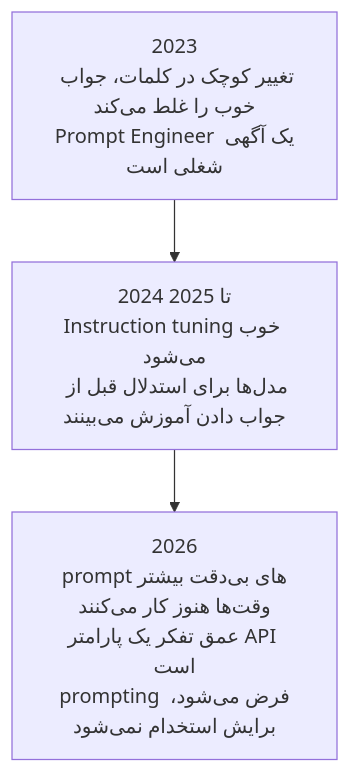
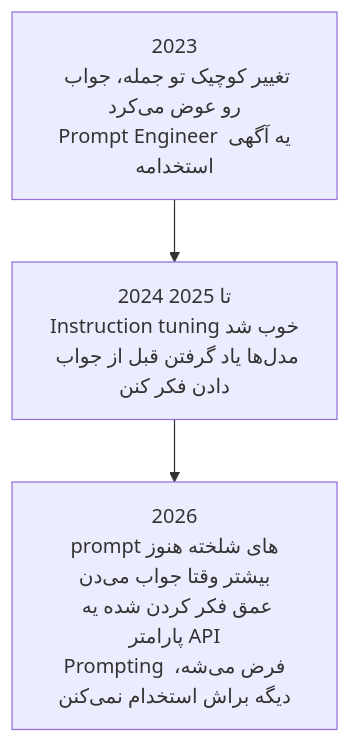
Before and after one commit to lokumai/ai-engineering-bazaar: the first of 2 diagrams in mini-courses/2_intermediate/prompt_engineering_fa.md, drawn with Mermaid. The commit also changed other lines of this file and 63 other files, not shown here.

````diff
--- a/mini-courses/2_intermediate/prompt_engineering_fa.md
+++ b/mini-courses/2_intermediate/prompt_engineering_fa.md
@@ -58,5 +55,5 @@
 ```mermaid
 graph TD
-    A["2023<br/>تغییر کوچک در کلمات، جواب خوب را غلط می‌کند<br/>Prompt Engineer یک آگهی شغلی است"] --> B["2024 تا 2025<br/>Instruction tuning خوب می‌شود<br/>مدل‌ها برای استدلال قبل از جواب دادن آموزش می‌بینند"]
-    B --> C["2026<br/>prompt‌های بی‌دقت بیشتر وقت‌ها هنوز کار می‌کنند<br/>عمق تفکر یک پارامتر API است<br/>prompting فرض می‌شود، برایش استخدام نمی‌شود"]
+    A["2023<br/>تغییر کوچیک تو جمله، جواب رو عوض می‌کرد<br/>Prompt Engineer یه آگهی استخدامه"] --> B["2024 تا 2025<br/>Instruction tuning خوب شد<br/>مدل‌ها یاد گرفتن قبل از جواب دادن فکر کنن"]
+    B --> C["2026<br/>prompt‌های شلخته هنوز بیشتر وقتا جواب می‌دن<br/>عمق فکر کردن شده یه پارامتر API<br/>Prompting فرض می‌شه، دیگه براش استخدام نمی‌کنن"]
 ```
````
